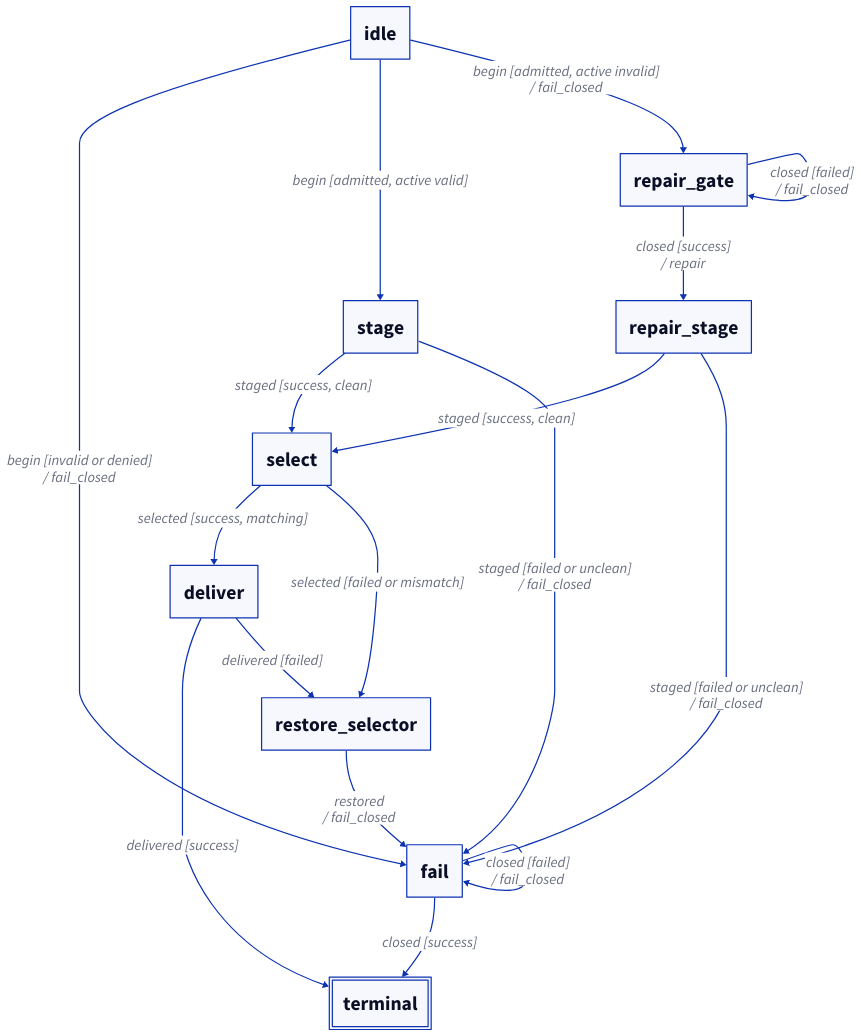
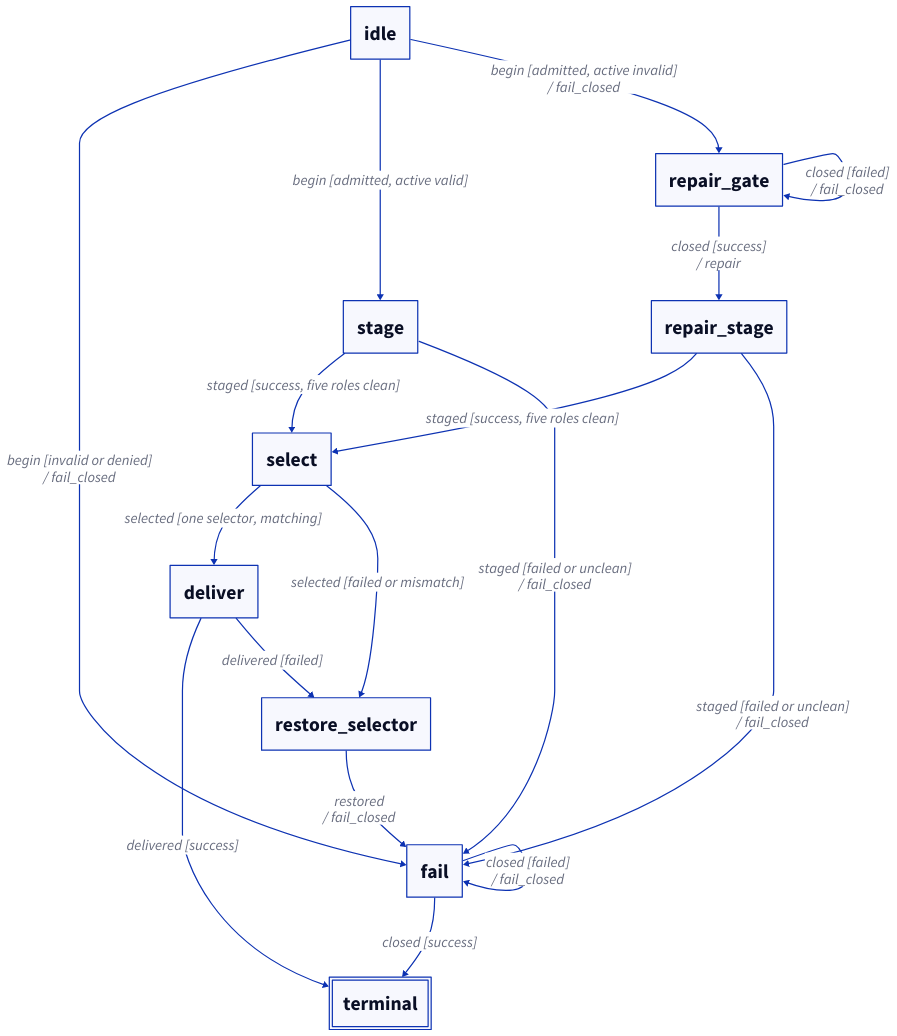
Before and after one commit to rei277hz/chromaticity: the diagram in products/perceptual-grade-book/docs/book/diagrams/04-bank-publication.d2, drawn with D2. The commit also changed 141 other files, not shown here.

```diff
--- a/products/perceptual-grade-book/docs/book/diagrams/04-bank-publication.d2
+++ b/products/perceptual-grade-book/docs/book/diagrams/04-bank-publication.d2
@@ -1,33 +1,33 @@
 direction: down
 
 idle: "idle"
 repair_gate: "repair_gate"
 repair_stage: "repair_stage"
 stage: "stage"
 select: "select"
 deliver: "deliver"
 restore_selector: "restore_selector"
 fail: "fail"
 terminal: "terminal" {
   style.double-border: true
 }
 
 idle -> fail: "begin [invalid or denied]\n/ fail_closed"
 idle -> stage: "begin [admitted, active valid]"
 idle -> repair_gate: "begin [admitted, active invalid]\n/ fail_closed"
 repair_gate -> repair_gate: "closed [failed]\n/ fail_closed"
 repair_gate -> repair_stage: "closed [success]\n/ repair"
-stage -> select: "staged [success, clean]"
+stage -> select: "staged [success, five roles clean]"
 stage -> fail: "staged [failed or unclean]\n/ fail_closed"
-repair_stage -> select: "staged [success, clean]"
+repair_stage -> select: "staged [success, five roles clean]"
 repair_stage -> fail: "staged [failed or unclean]\n/ fail_closed"
-select -> deliver: "selected [success, matching]"
+select -> deliver: "selected [one selector, matching]"
 select -> restore_selector: "selected [failed or mismatch]"
 deliver -> terminal: "delivered [success]"
 deliver -> restore_selector: "delivered [failed]"
 restore_selector -> fail: "restored\n/ fail_closed"
 fail -> fail: "closed [failed]\n/ fail_closed"
 fail -> terminal: "closed [success]"
 
 **.style.font-size: 32
 (** -> **)[*].style.font-size: 24
```
